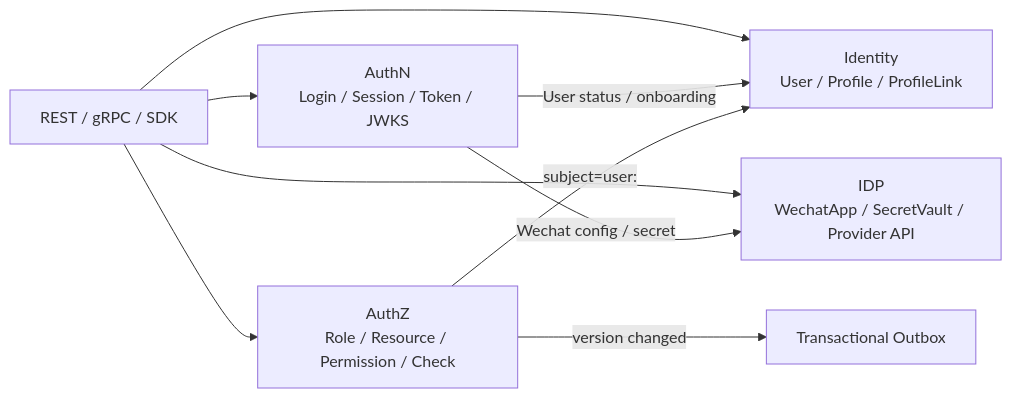
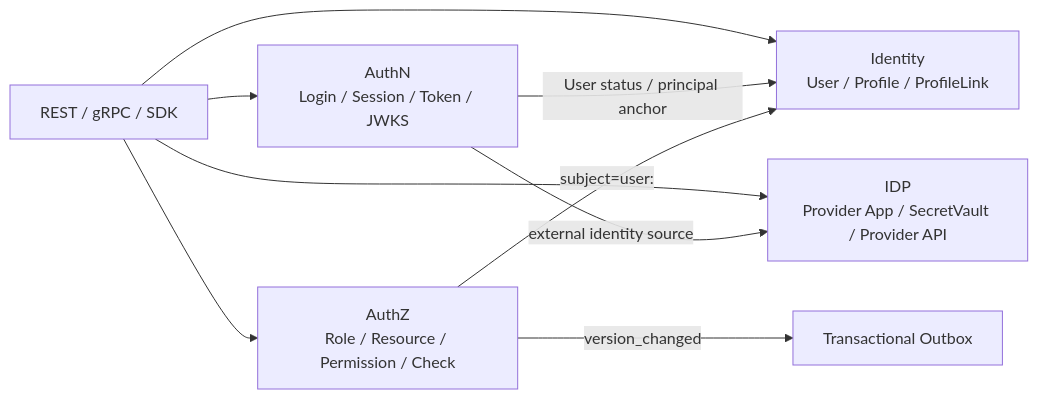
One commit to FangcunMount/iam changed the second of 3 diagrams in README.md. Above: the diagram before and after it, drawn with Mermaid. The commit also changed other lines of this file and 1 other file, not shown here.

````diff
--- a/README.md
+++ b/README.md
@@ -94,19 +95,19 @@
 ```mermaid
 flowchart LR
     AuthN["AuthN<br/>Login / Session / Token / JWKS"]
     AuthZ["AuthZ<br/>Role / Resource / Permission / Check"]
     Identity["Identity<br/>User / Profile / ProfileLink"]
-    IDP["IDP<br/>WechatApp / SecretVault / Provider API"]
+    IDP["IDP<br/>Provider App / SecretVault / Provider API"]
     Access["REST / gRPC / SDK"]
     Outbox["Transactional Outbox"]
 
     Access --> AuthN
     Access --> AuthZ
     Access --> Identity
     Access --> IDP
 
-    AuthN -->|"User status / onboarding"| Identity
-    AuthN -->|"Wechat config / secret"| IDP
+    AuthN -->|"User status / principal anchor"| Identity
+    AuthN -->|"external identity source"| IDP
     AuthZ -->|"subject=user:<id>"| Identity
-    AuthZ -->|"version changed"| Outbox
+    AuthZ -->|"version_changed"| Outbox
 ```
````
